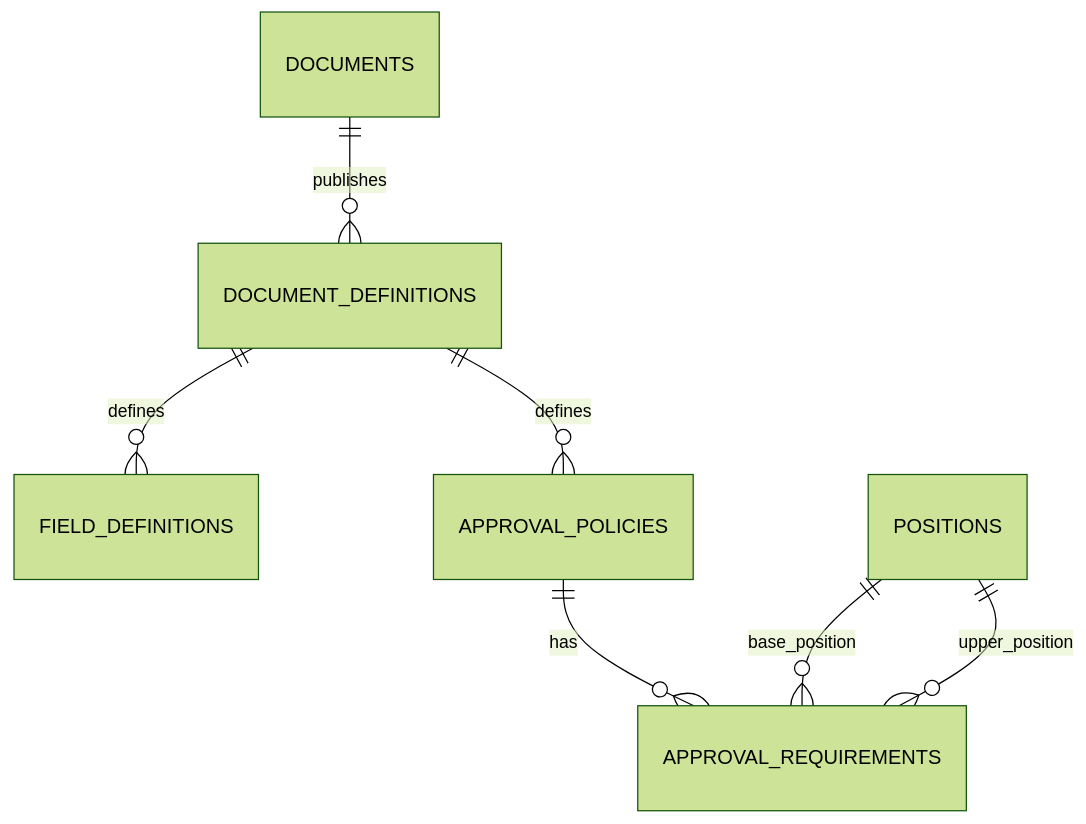
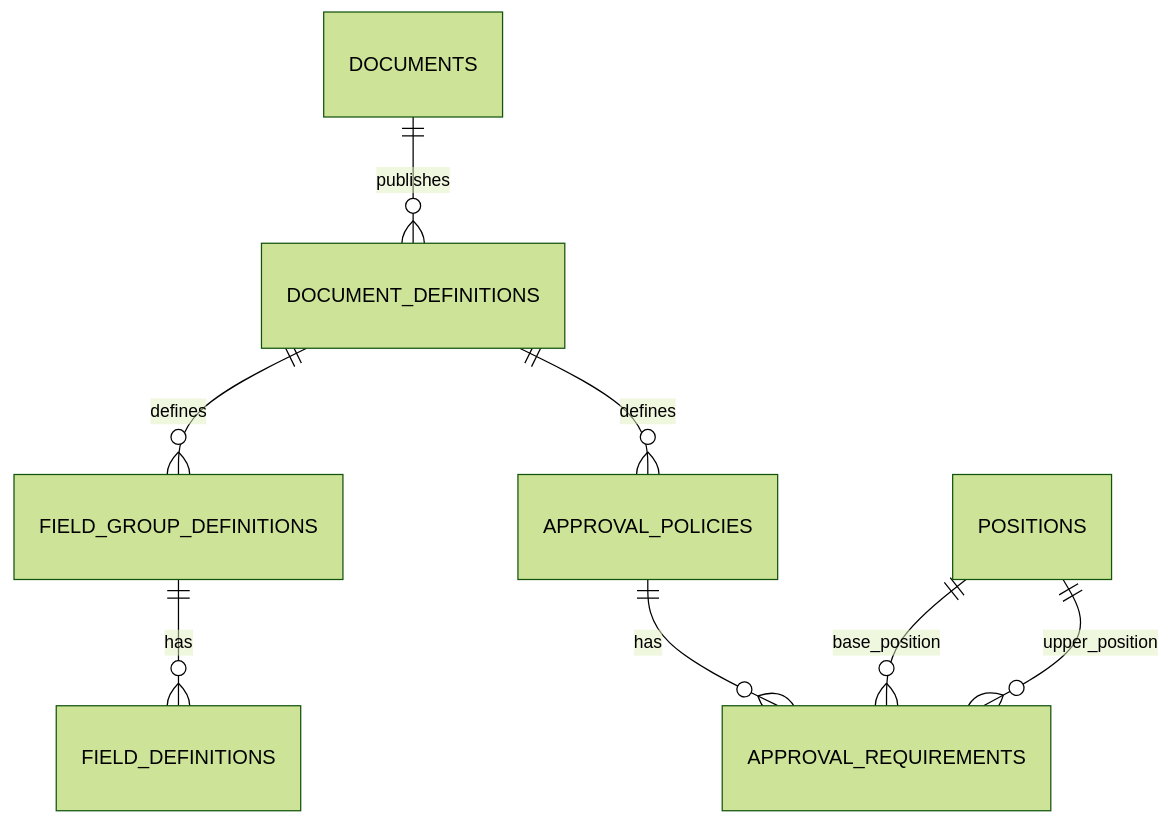
Before and after one commit to cheesecomer/workflow-studio: the first of 3 diagrams in docs/database/er-diagram.md, drawn with Mermaid (forest theme). The commit also changed other lines of this file and 6 other files, not shown here.

Commit message:
docs: add FieldGroupDefinition and SubmissionFieldGroupRow models

````diff
--- a/docs/database/er-diagram.md
+++ b/docs/database/er-diagram.md
@@ -19,12 +19,13 @@
 ```mermaid
 erDiagram
     DOCUMENTS ||--o{ DOCUMENT_DEFINITIONS : publishes
 
-    DOCUMENT_DEFINITIONS ||--o{ FIELD_DEFINITIONS : defines
+    DOCUMENT_DEFINITIONS ||--o{ FIELD_GROUP_DEFINITIONS : defines
+    FIELD_GROUP_DEFINITIONS ||--o{ FIELD_DEFINITIONS : has
 
     DOCUMENT_DEFINITIONS ||--o{ APPROVAL_POLICIES : defines
     APPROVAL_POLICIES ||--o{ APPROVAL_REQUIREMENTS : has
 
     POSITIONS ||--o{ APPROVAL_REQUIREMENTS : base_position
     POSITIONS ||--o{ APPROVAL_REQUIREMENTS : upper_position
 ```
````
